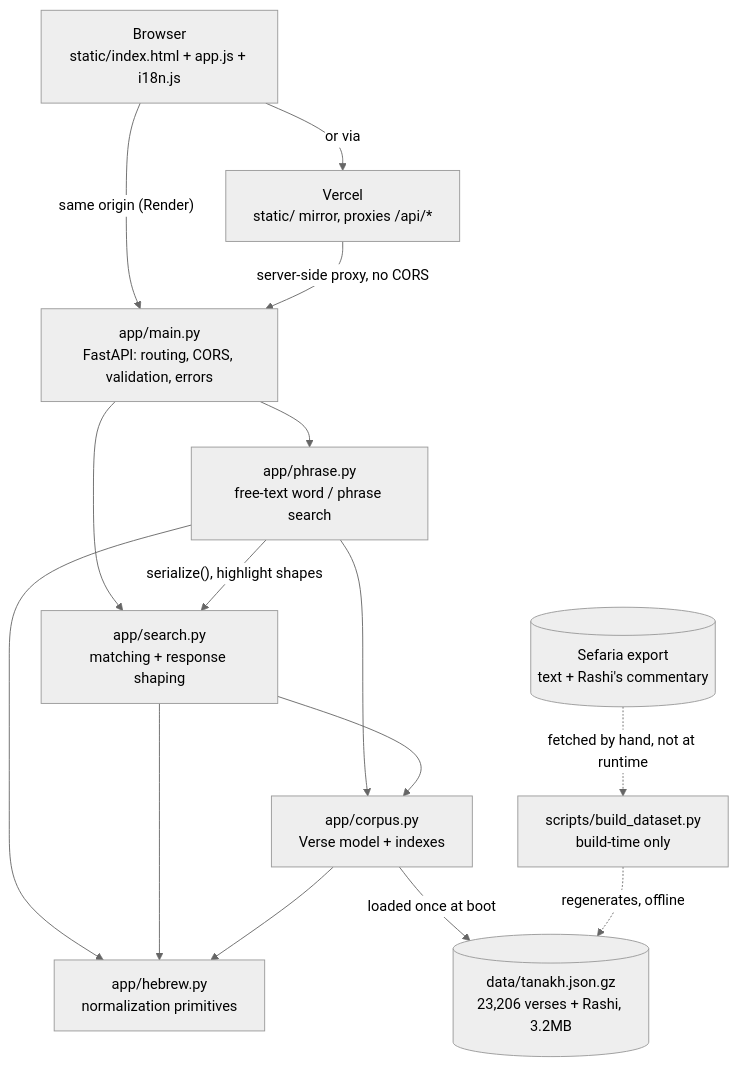
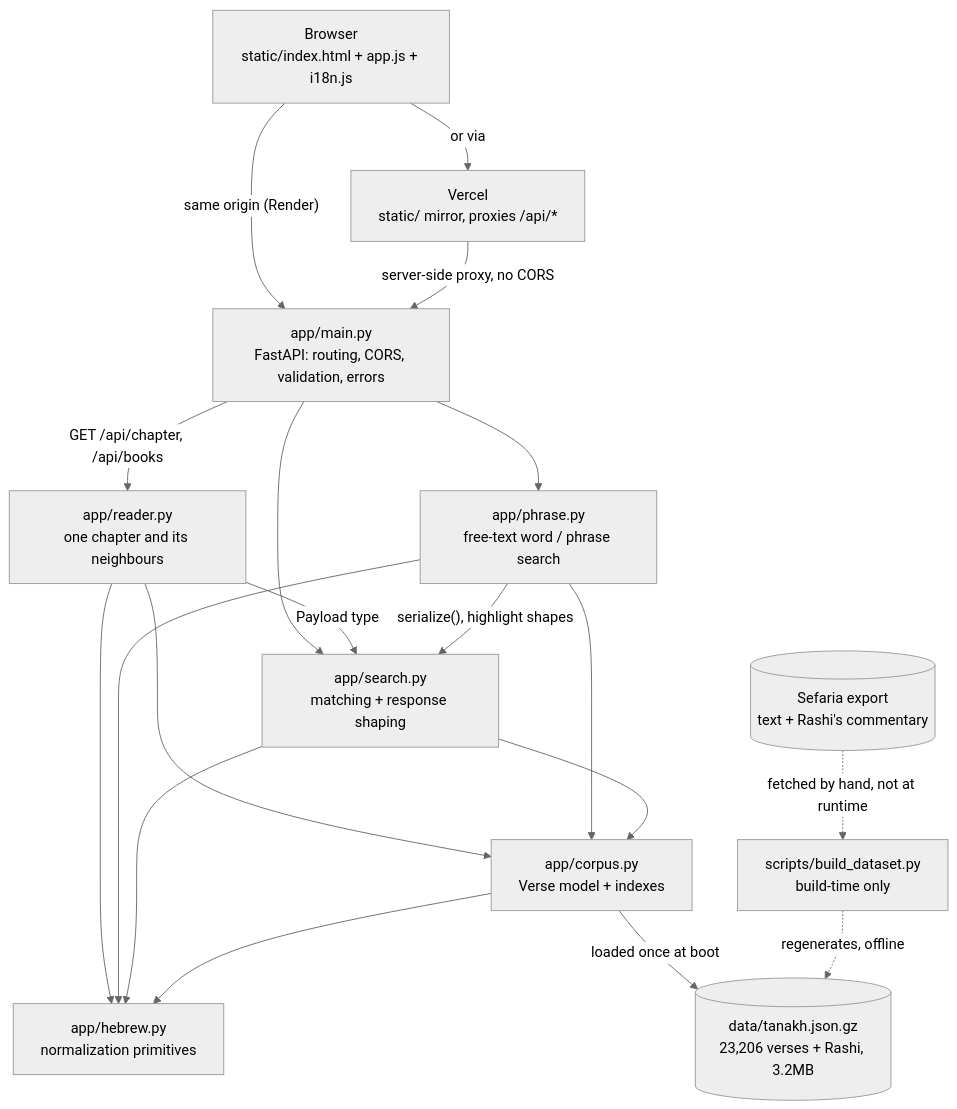
Before and after one commit to joka-7/ot-va-ot: the first of 2 diagrams in docs/HLD.md, drawn with Mermaid (neutral theme). The commit also changed other lines of this file and 13 other files, not shown here.

First line of the commit message:
feat(reader): read a chapter with Rashi, and describe the app as study (#68)

````diff
--- a/docs/HLD.md
+++ b/docs/HLD.md
@@ -38,28 +40,33 @@
 ```mermaid
 flowchart TD
     Browser["Browser<br/>static/index.html + app.js + i18n.js"]
     Vercel["Vercel<br/>static/ mirror, proxies /api/*"]
     Main["app/main.py<br/>FastAPI: routing, CORS, validation, errors"]
     Search["app/search.py<br/>matching + response shaping"]
     Phrase["app/phrase.py<br/>free-text word / phrase search"]
+    Reader["app/reader.py<br/>one chapter and its neighbours"]
     Corpus["app/corpus.py<br/>Verse model + indexes"]
     Hebrew["app/hebrew.py<br/>normalization primitives"]
     Data[("data/tanakh.json.gz<br/>23,206 verses + Rashi, 3.2MB")]
     Build["scripts/build_dataset.py<br/>build-time only"]
     Sefaria[("Sefaria export<br/>text + Rashi's commentary")]
 
     Browser -->|"same origin (Render)"| Main
     Browser -->|"or via"| Vercel
     Vercel -->|"server-side proxy, no CORS"| Main
     Main --> Search
     Main --> Phrase
+    Main -->|"GET /api/chapter, /api/books"| Reader
+    Reader -->|"Payload type"| Search
+    Reader --> Corpus
+    Reader --> Hebrew
     Phrase -->|"serialize(), highlight shapes"| Search
     Phrase --> Corpus
     Phrase --> Hebrew
     Search --> Corpus
     Search --> Hebrew
     Corpus --> Hebrew
     Corpus -->|"loaded once at boot"| Data
     Build -.->|"regenerates, offline"| Data
     Sefaria -.->|"fetched by hand, not at runtime"| Build
 ```
````
